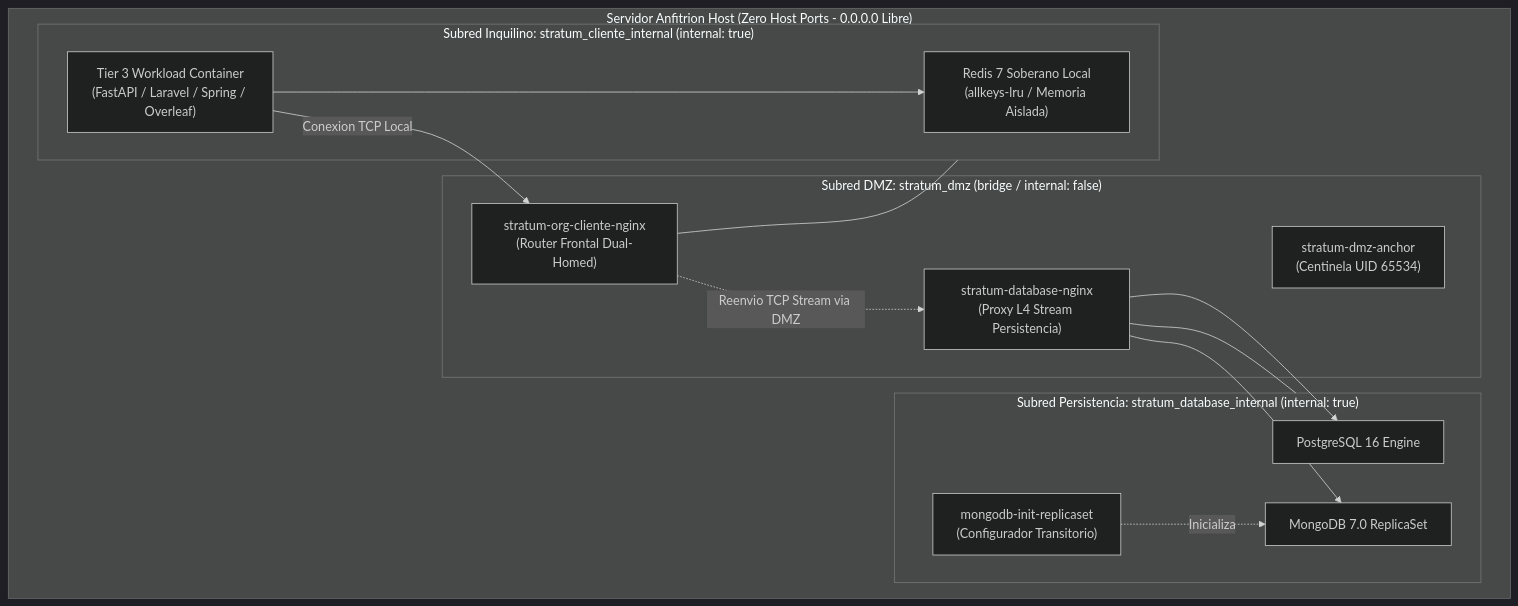
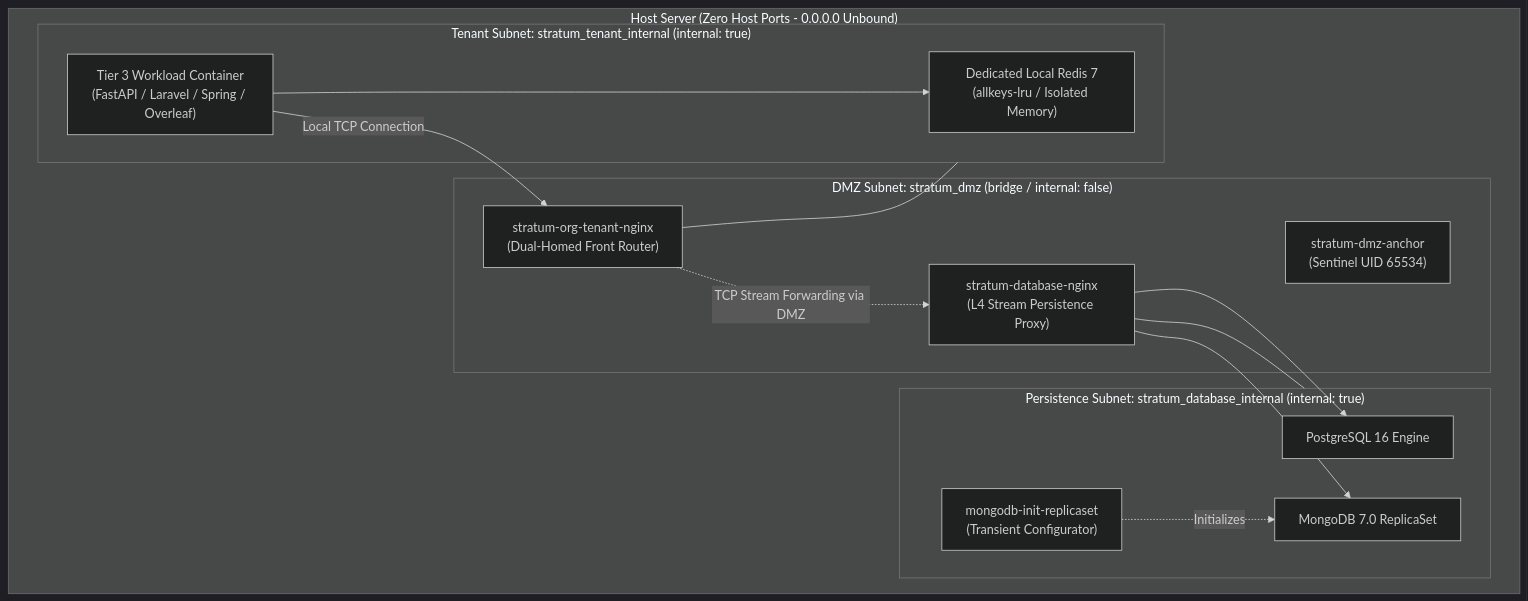
One commit to isora-cloud-group/stratum-hub changed the first of 4 diagrams in ARCHITECTURE.md. Above: the diagram before and after it, drawn with Mermaid (dark theme). The commit also changed other lines of this file and 7 other files, not shown here.

````diff
--- a/ARCHITECTURE.md
+++ b/ARCHITECTURE.md
@@ -15,34 +15,34 @@
 ```mermaid
 flowchart TD
-    subgraph HostServer ["Servidor Anfitrion Host (Zero Host Ports - 0.0.0.0 Libre)"]
-        subgraph DMZ_NET ["Subred DMZ: stratum_dmz (bridge / internal: false)"]
-            ANCHOR["stratum-dmz-anchor<br/>(Centinela UID 65534)"]
-            DB_NGINX["stratum-database-nginx<br/>(Proxy L4 Stream Persistencia)"]
-            ORG_NGINX["stratum-org-cliente-nginx<br/>(Router Frontal Dual-Homed)"]
+    subgraph HostServer ["Host Server (Zero Host Ports - 0.0.0.0 Unbound)"]
+        subgraph DMZ_NET ["DMZ Subnet: stratum_dmz (bridge / internal: false)"]
+            ANCHOR["stratum-dmz-anchor<br/>(Sentinel UID 65534)"]
+            DB_NGINX["stratum-database-nginx<br/>(L4 Stream Persistence Proxy)"]
+            ORG_NGINX["stratum-org-tenant-nginx<br/>(Dual-Homed Front Router)"]
         end
 
-        subgraph DB_NET ["Subred Persistencia: stratum_database_internal (internal: true)"]
+        subgraph DB_NET ["Persistence Subnet: stratum_database_internal (internal: true)"]
             POSTGRES["PostgreSQL 16 Engine"]
             MONGO["MongoDB 7.0 ReplicaSet"]
-            MONGO_INIT["mongodb-init-replicaset<br/>(Configurador Transitorio)"]
+            MONGO_INIT["mongodb-init-replicaset<br/>(Transient Configurator)"]
         end
 
-        subgraph ORG_NET ["Subred Inquilino: stratum_cliente_internal (internal: true)"]
-            REDIS["Redis 7 Soberano Local<br/>(allkeys-lru / Memoria Aislada)"]
+        subgraph ORG_NET ["Tenant Subnet: stratum_tenant_internal (internal: true)"]
+            REDIS["Dedicated Local Redis 7<br/>(allkeys-lru / Isolated Memory)"]
             WORKLOAD["Tier 3 Workload Container<br/>(FastAPI / Laravel / Spring / Overleaf)"]
         end
     end
 
     ORG_NGINX --- DMZ_NET
     ORG_NGINX --- ORG_NET
     WORKLOAD --> REDIS
-    WORKLOAD -->|"Conexion TCP Local"| ORG_NGINX
+    WORKLOAD -->|"Local TCP Connection"| ORG_NGINX
 
     DB_NGINX --- DMZ_NET
     DB_NGINX --- DB_NET
     DB_NGINX --> POSTGRES
     DB_NGINX --> MONGO
-    MONGO_INIT -.->|"Inicializa"| MONGO
+    MONGO_INIT -.->|"Initializes"| MONGO
 
-    ORG_NGINX -.->|"Reenvio TCP Stream via DMZ"| DB_NGINX
+    ORG_NGINX -.->|"TCP Stream Forwarding via DMZ"| DB_NGINX
 ```
````
